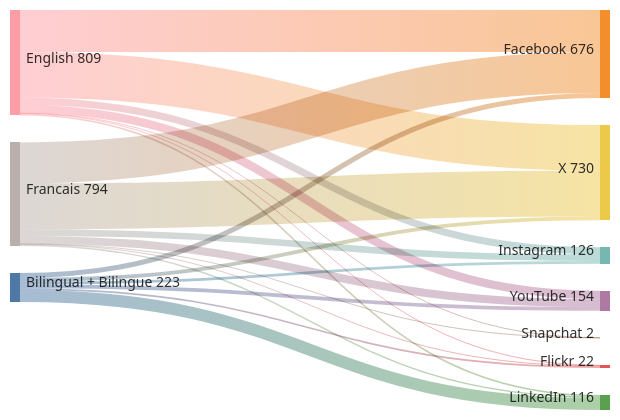
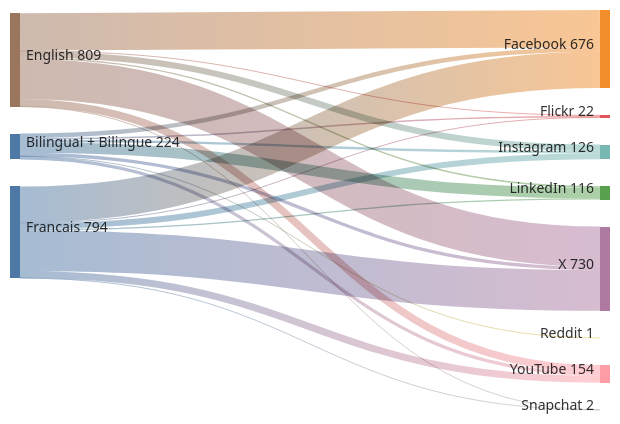
One commit to PatLittle/GC-Socials changed the diagram in sankey_diagram.md. Above: the diagram before and after it, drawn with Mermaid.

Commit message:
Update Sankey diagram for the most recent day

````diff
--- a/sankey_diagram.md
+++ b/sankey_diagram.md
@@ -1,23 +1,24 @@
 ```mermaid
 sankey-beta
   Bilingual + Bilingue,Facebook,39
   Bilingual + Bilingue,Flickr,13
   Bilingual + Bilingue,Instagram,21
   Bilingual + Bilingue,LinkedIn,93
+  Bilingual + Bilingue,Reddit,1
   Bilingual + Bilingue,X,29
   Bilingual + Bilingue,YouTube,28
   English,Facebook,323
   English,Flickr,5
   English,Instagram,54
   English,LinkedIn,12
   English,Snapchat,1
   English,X,349
   English,YouTube,65
   Francais,Facebook,314
   Francais,Flickr,4
   Francais,Instagram,51
   Francais,LinkedIn,11
   Francais,Snapchat,1
   Francais,X,352
   Francais,YouTube,61
 ```
````
